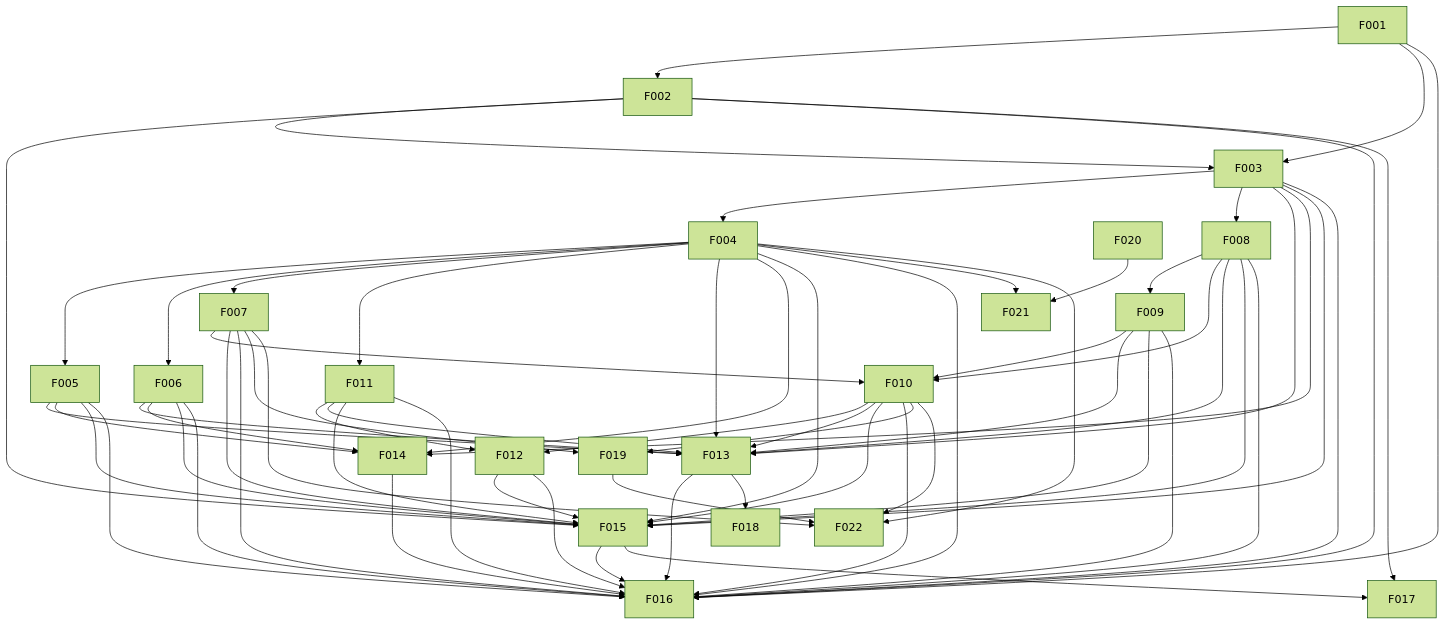
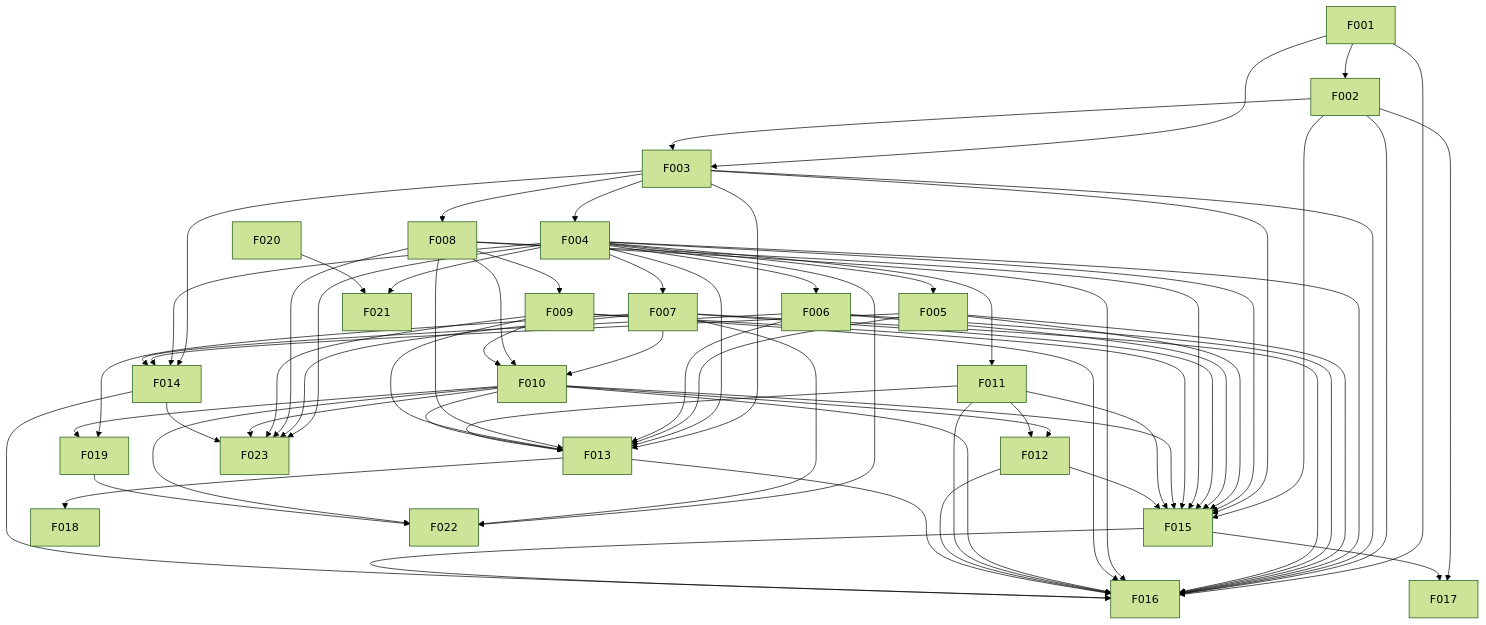
The diagram in docs/project/dependency-map.md (47oo/csm), drawn with Mermaid (forest theme) before and after one commit. The commit also changed other lines of this file and 5 other files, not shown here.

````diff
--- a/docs/project/dependency-map.md
+++ b/docs/project/dependency-map.md
@@ -30,6 +30,7 @@
     n19["F020"]
     n20["F021"]
     n21["F022"]
+    n22["F023"]
     n0 --> n1
     n0 --> n2
     n1 --> n2
@@ -94,4 +95,10 @@
     n6 --> n21
     n9 --> n21
     n18 --> n21
+    n3 --> n22
+    n6 --> n22
+    n7 --> n22
+    n8 --> n22
+    n9 --> n22
+    n13 --> n22
 ```
````
